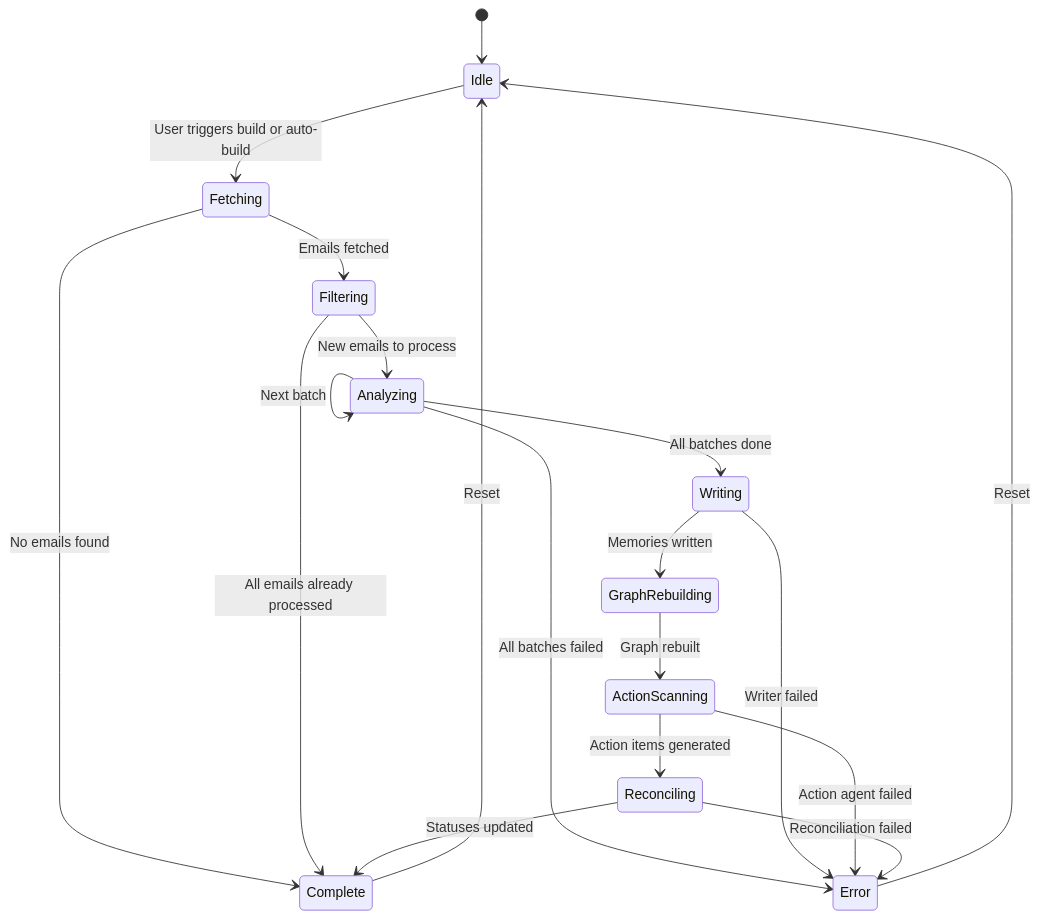
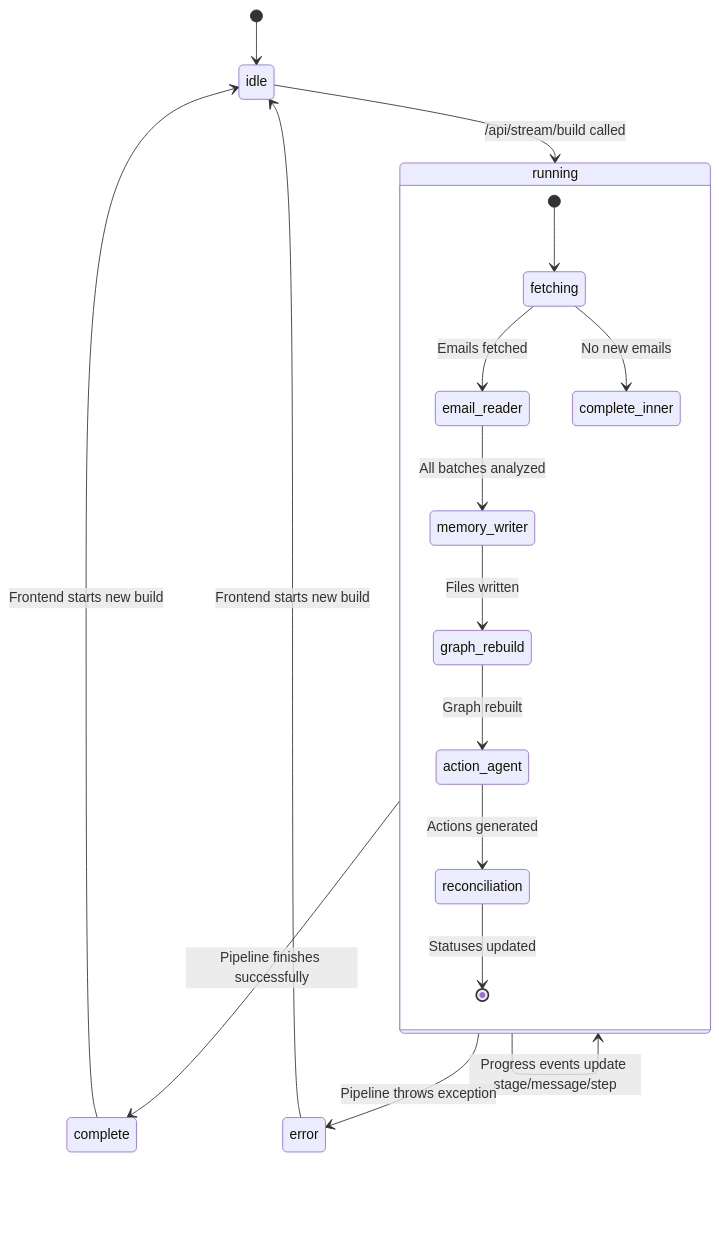
One commit to ifeanyi-okafor/email-memory-agent changed the second of 5 diagrams in docs/state-machines.md. Above: the diagram before and after it, drawn with Mermaid. The commit also changed other lines of this file and 17 other files, not shown here.

````diff
--- a/docs/state-machines.md
+++ b/docs/state-machines.md
@@ -20,21 +22,21 @@
 ```mermaid
 stateDiagram-v2
-    [*] --> Idle
-    Idle --> Fetching: User triggers build or auto-build
-    Fetching --> Filtering: Emails fetched
-    Fetching --> Complete: No emails found
-    Filtering --> Complete: All emails already processed
-    Filtering --> Analyzing: New emails to process
-    Analyzing --> Analyzing: Next batch
-    Analyzing --> Writing: All batches done
-    Analyzing --> Error: All batches failed
-    Writing --> GraphRebuilding: Memories written
-    Writing --> Error: Writer failed
-    GraphRebuilding --> ActionScanning: Graph rebuilt
-    ActionScanning --> Reconciling: Action items generated
-    ActionScanning --> Error: Action agent failed
-    Reconciling --> Complete: Statuses updated
-    Reconciling --> Error: Reconciliation failed
-    Complete --> Idle: Reset
-    Error --> Idle: Reset
+    [*] --> idle
+    idle --> running: /api/stream/build called
+    running --> running: Progress events update stage/message/step
+    running --> complete: Pipeline finishes successfully
+    running --> error: Pipeline throws exception
+    complete --> idle: Frontend starts new build
+    error --> idle: Frontend starts new build
+
+    state running {
+        [*] --> fetching
+        fetching --> email_reader: Emails fetched
+        fetching --> complete_inner: No new emails
+        email_reader --> memory_writer: All batches analyzed
+        memory_writer --> graph_rebuild: Files written
+        graph_rebuild --> action_agent: Graph rebuilt
+        action_agent --> reconciliation: Actions generated
+        reconciliation --> [*]: Statuses updated
+    }
 ```
````
